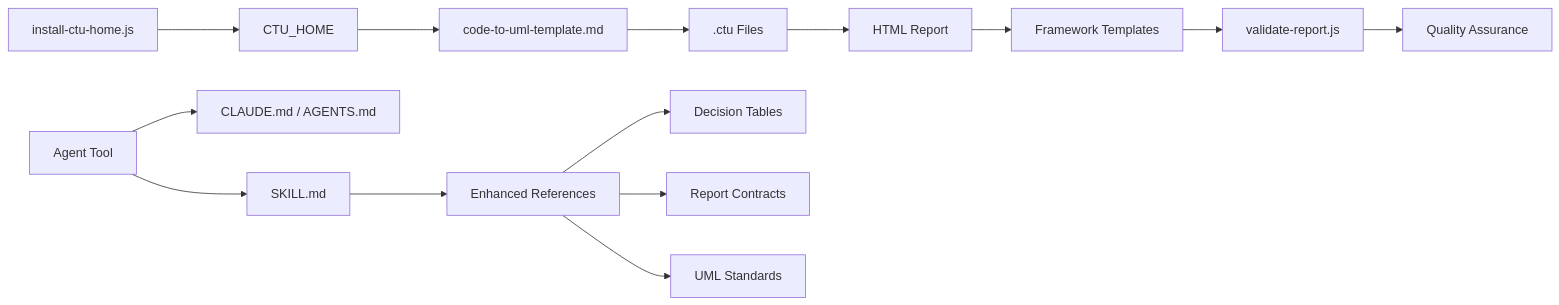
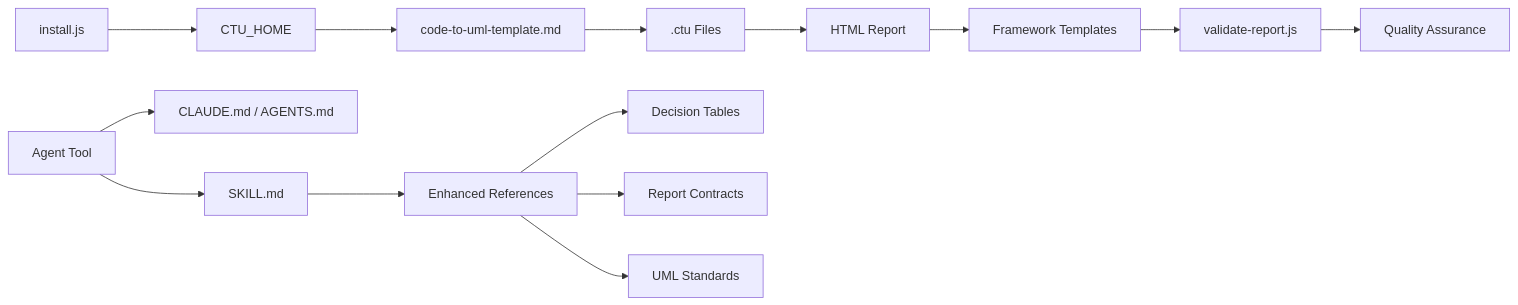
Before and after one commit to pingwurth/code-to-uml: the eighth of 8 diagrams in .qoder/repowiki/en/content/AI Agent Integration/AI Agent Integration.md, drawn with Mermaid. The commit also changed other lines of this file and 26 other files, not shown here.

Commit message:
rename install-ctu-home.js install.js

````diff
--- a/.qoder/repowiki/en/content/AI Agent Integration/AI Agent Integration.md
+++ b/.qoder/repowiki/en/content/AI Agent Integration/AI Agent Integration.md
@@ -522,16 +522,16 @@
 ```mermaid
 graph LR
 Agent["Agent Tool"] --> SKILL["SKILL.md"]
 Agent --> Guides["CLAUDE.md / AGENTS.md"]
-Installer["install-ctu-home.js"] --> Env["CTU_HOME"]
+Installer["install.js"] --> Env["CTU_HOME"]
 Env --> Template["code-to-uml-template.md"]
 Template --> Data[".ctu Files"]
 Data --> HTML["HTML Report"]
 HTML --> Framework["Framework Templates"]
 Framework --> Validator["validate-report.js"]
 Validator --> Quality["Quality Assurance"]
 SKILL --> References["Enhanced References"]
 References --> Decision["Decision Tables"]
 References --> Contract["Report Contracts"]
 References --> Standards["UML Standards"]
 ```
````
